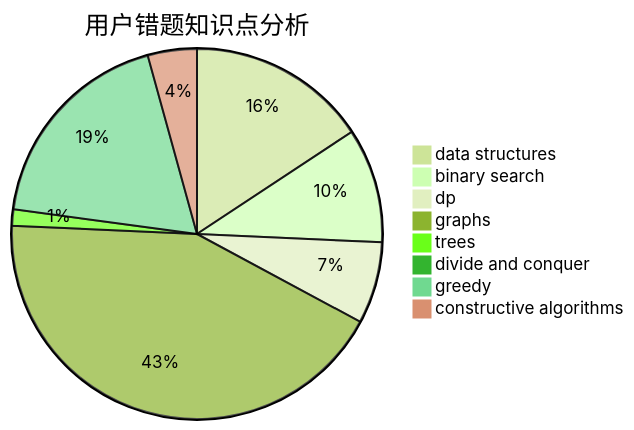
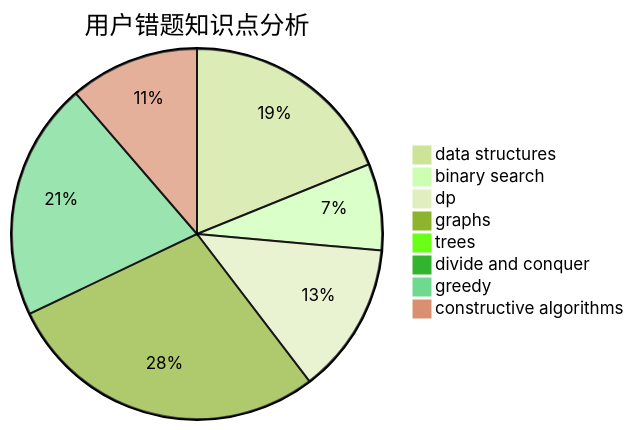
Before and after one commit to sherpahu/cfrs.github.io: the third of 3 diagrams in docs/user/u956.md, drawn with Mermaid (forest theme). The commit also changed other lines of this file and 2770 other files, not shown here.

````diff
--- a/docs/user/u956.md
+++ b/docs/user/u956.md
@@ -36,11 +36,11 @@
 ```mermaid
 pie title 用户错题知识点分析
-    "data structures" :  11
-    "binary search" :  7
-    "dp" :  5
+    "data structures" :  20
+    "binary search" :  8
+    "dp" :  14
     "graphs" :  30
     "trees" :  1
     "divide and conquer" :  0
-    "greedy" :  13
-    "constructive algorithms" :  3
+    "greedy" :  22
+    "constructive algorithms" :  12
 ```
````
